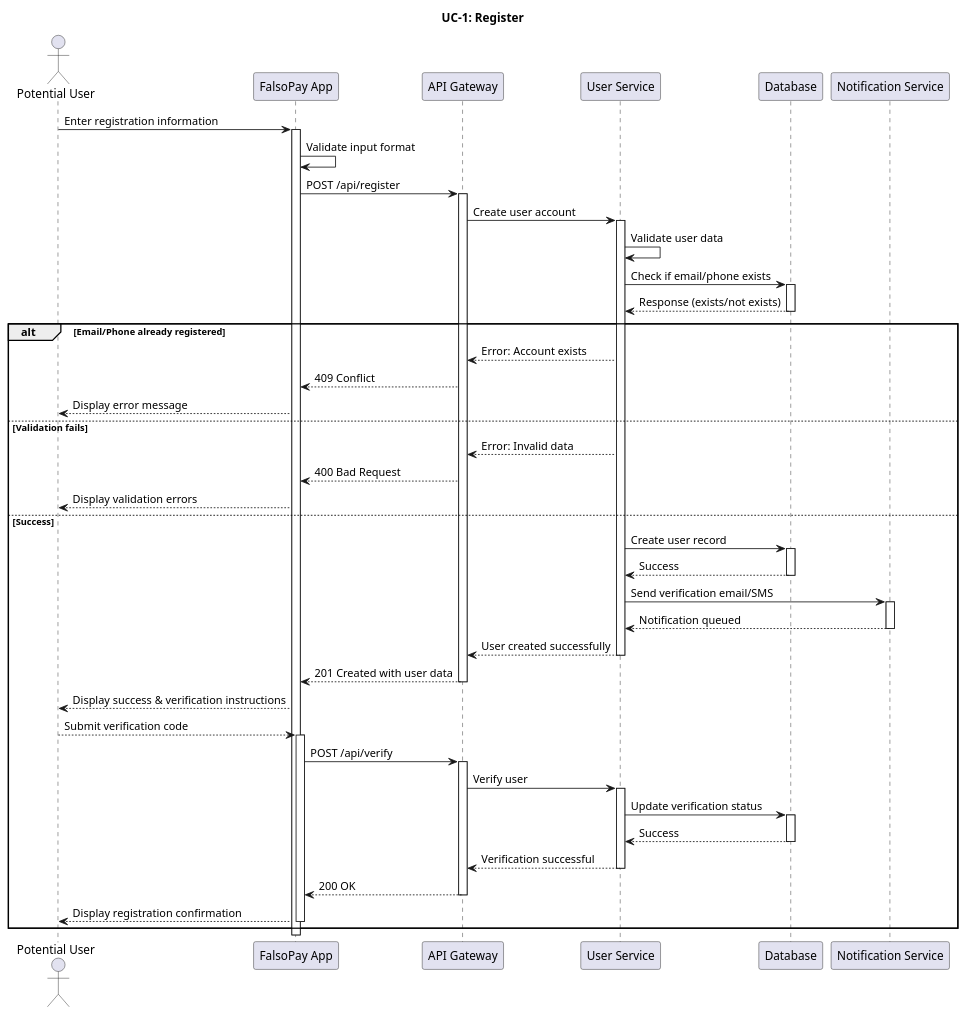
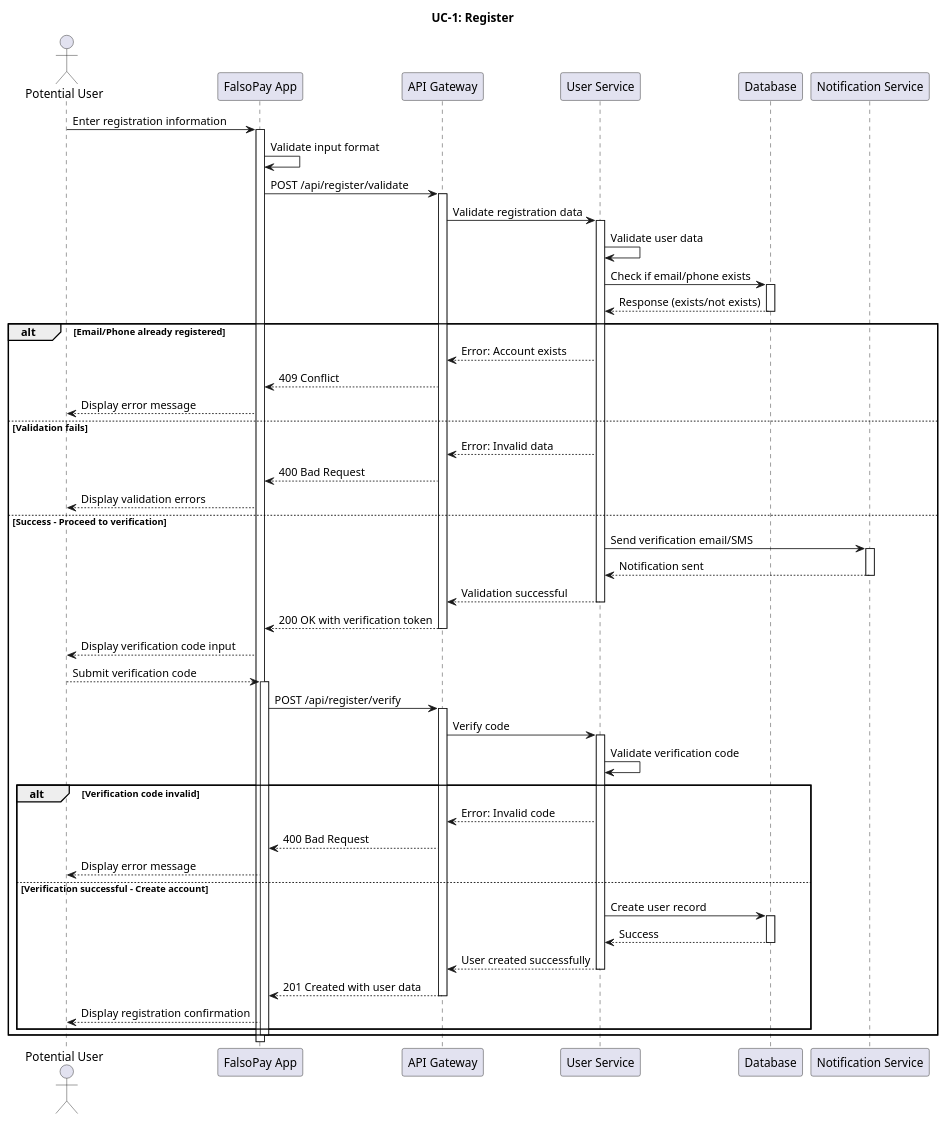
Before and after one commit to Adhamzineldin/Falsopay: the diagram in docs/design/sequence-diagrams/UC1-Register.puml, drawn with PlantUML. The commit also changed 8 other files, not shown here.

Commit message:
Improve error handling and notifications in login and registration processes

```diff
--- a/docs/design/sequence-diagrams/UC1-Register.puml
+++ b/docs/design/sequence-diagrams/UC1-Register.puml
@@ -1,79 +1,82 @@
 @startuml UC1-Register
 
 actor "Potential User" as User
 participant "FalsoPay App" as App
 participant "API Gateway" as Gateway
 participant "User Service" as UserService
 participant "Database" as DB
 participant "Notification Service" as NotifService
 
 title UC-1: Register
 
 User -> App: Enter registration information
 activate App
 
 App -> App: Validate input format
-App -> Gateway: POST /api/register
+App -> Gateway: POST /api/register/validate
 activate Gateway
 
-Gateway -> UserService: Create user account
+Gateway -> UserService: Validate registration data
 activate UserService
 
 UserService -> UserService: Validate user data
 UserService -> DB: Check if email/phone exists
 activate DB
 DB --> UserService: Response (exists/not exists)
 deactivate DB
 
 alt Email/Phone already registered
     UserService --> Gateway: Error: Account exists
     Gateway --> App: 409 Conflict
     App --> User: Display error message
 else Validation fails
     UserService --> Gateway: Error: Invalid data
     Gateway --> App: 400 Bad Request
     App --> User: Display validation errors
-else Success
-    UserService -> DB: Create user record
-    activate DB
-    DB --> UserService: Success
-    deactivate DB
-    
+else Success - Proceed to verification
     UserService -> NotifService: Send verification email/SMS
     activate NotifService
-    NotifService --> UserService: Notification queued
+    NotifService --> UserService: Notification sent
     deactivate NotifService
     
-    UserService --> Gateway: User created successfully
+    UserService --> Gateway: Validation successful
     deactivate UserService
     
-    Gateway --> App: 201 Created with user data
+    Gateway --> App: 200 OK with verification token
     deactivate Gateway
     
-    App --> User: Display success & verification instructions
+    App --> User: Display verification code input
     
     User --> App: Submit verification code
     activate App
     
-    App -> Gateway: POST /api/verify
+    App -> Gateway: POST /api/register/verify
     activate Gateway
     
-    Gateway -> UserService: Verify user
+    Gateway -> UserService: Verify code
     activate UserService
     
-    UserService -> DB: Update verification status
-    activate DB
-    DB --> UserService: Success
-    deactivate DB
+    UserService -> UserService: Validate verification code
     
-    UserService --> Gateway: Verification successful
-    deactivate UserService
-    
-    Gateway --> App: 200 OK
-    deactivate Gateway
-    
-    App --> User: Display registration confirmation
+    alt Verification code invalid
+        UserService --> Gateway: Error: Invalid code
+        Gateway --> App: 400 Bad Request
+        App --> User: Display error message
+    else Verification successful - Create account
+        UserService -> DB: Create user record
+        activate DB
+        DB --> UserService: Success
+        deactivate DB
+        
+        UserService --> Gateway: User created successfully
+        deactivate UserService
+        
+        Gateway --> App: 201 Created with user data
+        deactivate Gateway
+        
+        App --> User: Display registration confirmation
+    end
     deactivate App
 end
 
 @enduml 
```
